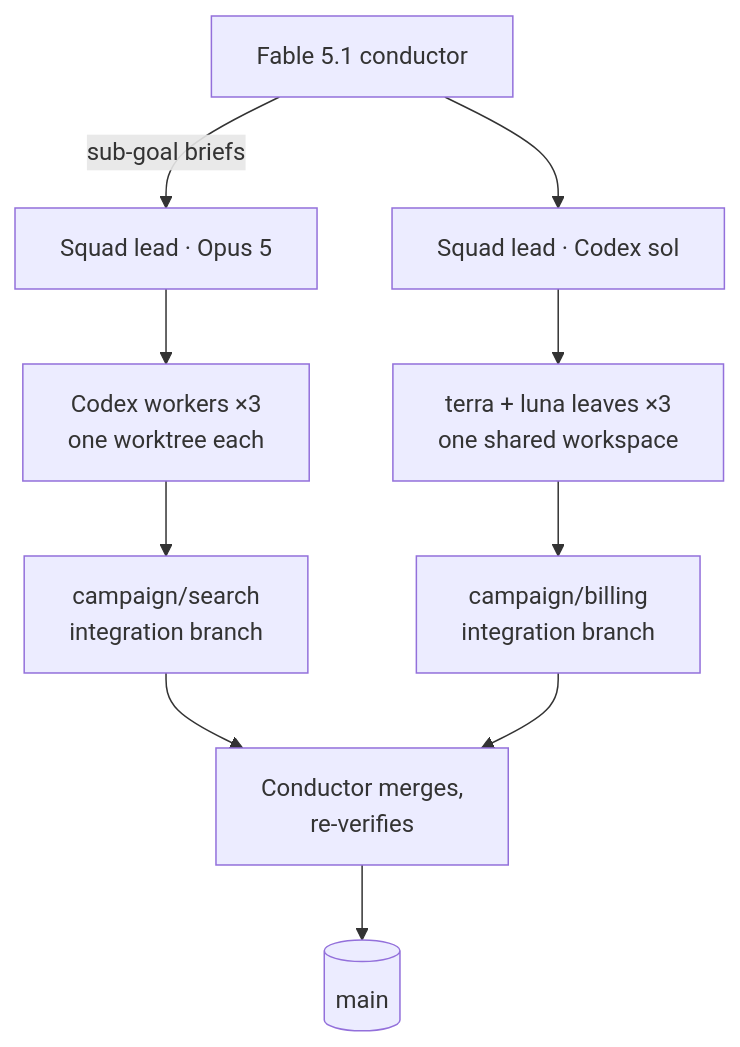
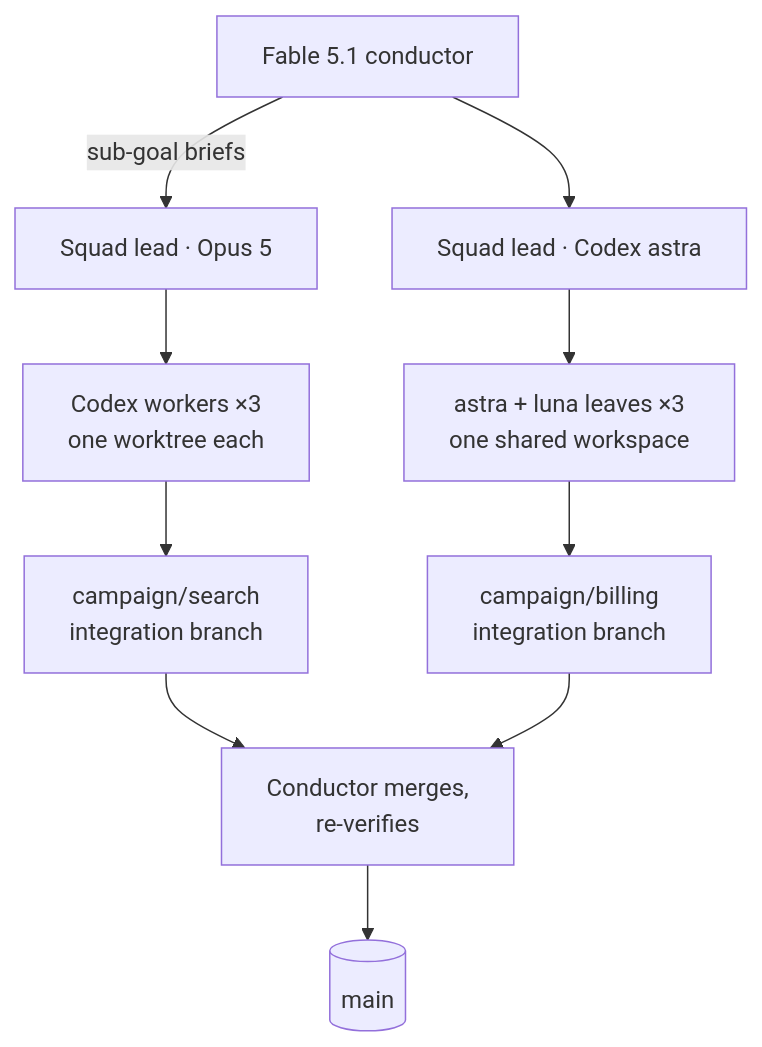
Before and after one commit to jvogan/a-fable-of-codexes: the diagram in README.md, drawn with Mermaid. The commit also changed other lines of this file and 10 other files, not shown here.

First line of the commit message:
Move the default Codex lead to GPT-6 Astra with four leaf roles

````diff
--- a/README.md
+++ b/README.md
@@ -97,12 +98,12 @@
 ```mermaid
 flowchart TD
     C[Fable 5.1 conductor] -->|sub-goal briefs| S1[Squad lead · Opus 5]
-    C --> S2[Squad lead · Codex sol]
+    C --> S2[Squad lead · Codex astra]
     S1 --> A["Codex workers ×3<br>one worktree each"]
-    S2 --> B["terra + luna leaves ×3<br>one shared workspace"]
+    S2 --> B["astra + luna leaves ×3<br>one shared workspace"]
     A --> I1[campaign/search<br>integration branch]
     B --> I2[campaign/billing<br>integration branch]
     I1 --> V[Conductor merges,<br>re-verifies]
     I2 --> V
     V --> M[(main)]
 ```
````
